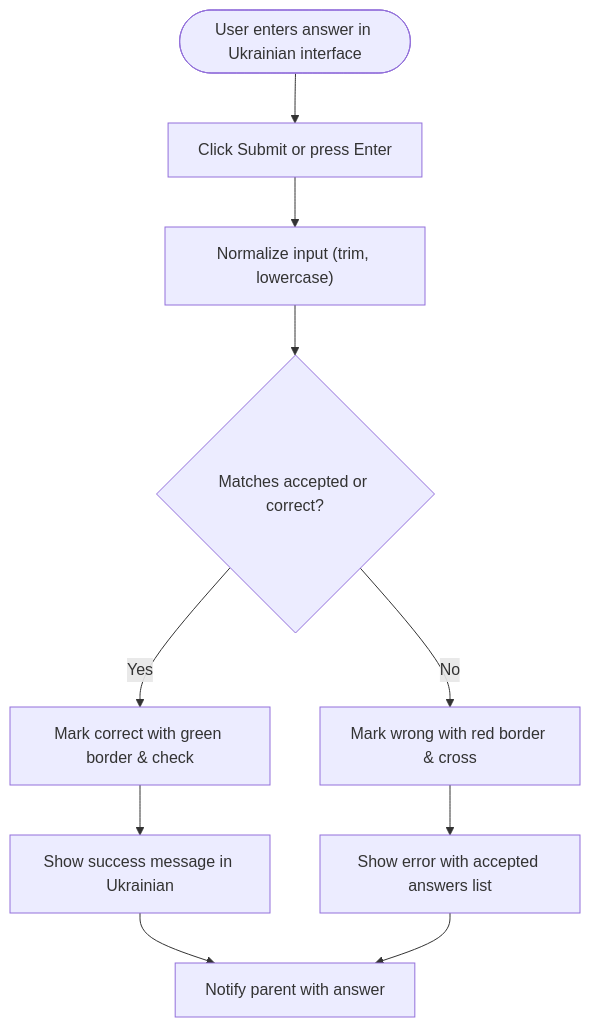
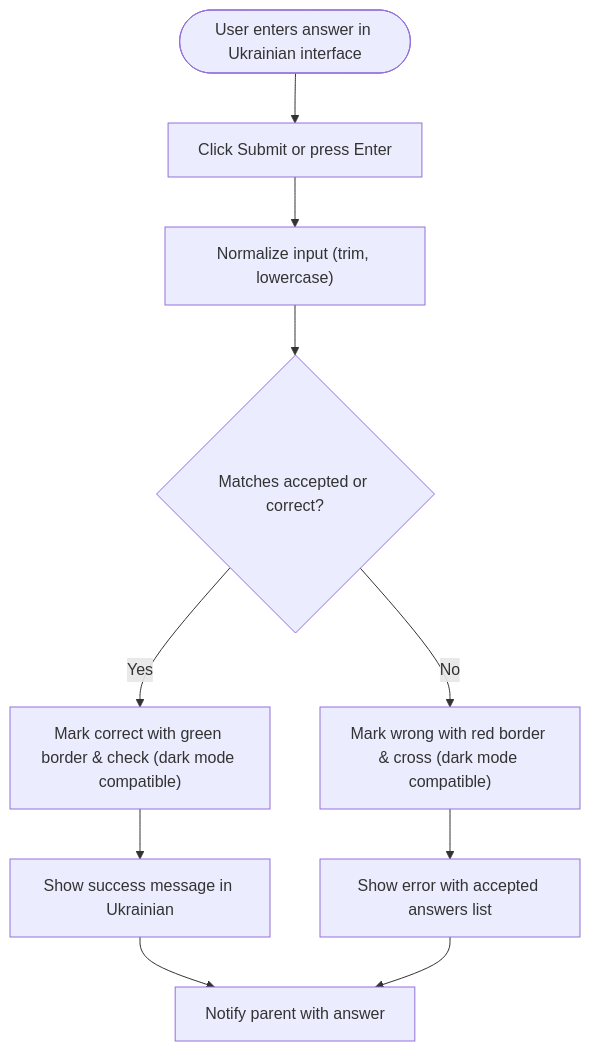
The fifth of 12 diagrams in .qoder/repowiki/en/content/Core Features/Learning Interface/Learning Interface.md (AlexKutz/math-app-next-js), drawn with Mermaid before and after one commit. The commit also changed other lines of this file and 125 other files, not shown here.

````diff
--- a/.qoder/repowiki/en/content/Core Features/Learning Interface/Learning Interface.md
+++ b/.qoder/repowiki/en/content/Core Features/Learning Interface/Learning Interface.md
@@ -292,12 +348,12 @@
 ```mermaid
 flowchart TD
 Start(["User enters answer in Ukrainian interface"]) --> Submit["Click Submit or press Enter"]
 Submit --> Normalize["Normalize input (trim, lowercase)"]
 Normalize --> Compare{"Matches accepted or correct?"}
-Compare --> |Yes| MarkRight["Mark correct with green border & check"]
-Compare --> |No| MarkWrong["Mark wrong with red border & cross"]
+Compare --> |Yes| MarkRight["Mark correct with green border & check (dark mode compatible)"]
+Compare --> |No| MarkWrong["Mark wrong with red border & cross (dark mode compatible)"]
 MarkRight --> ShowSuccess["Show success message in Ukrainian"]
 MarkWrong --> ShowError["Show error with accepted answers list"]
 ShowSuccess --> Parent["Notify parent with answer"]
 ShowError --> Parent
 ```
````
